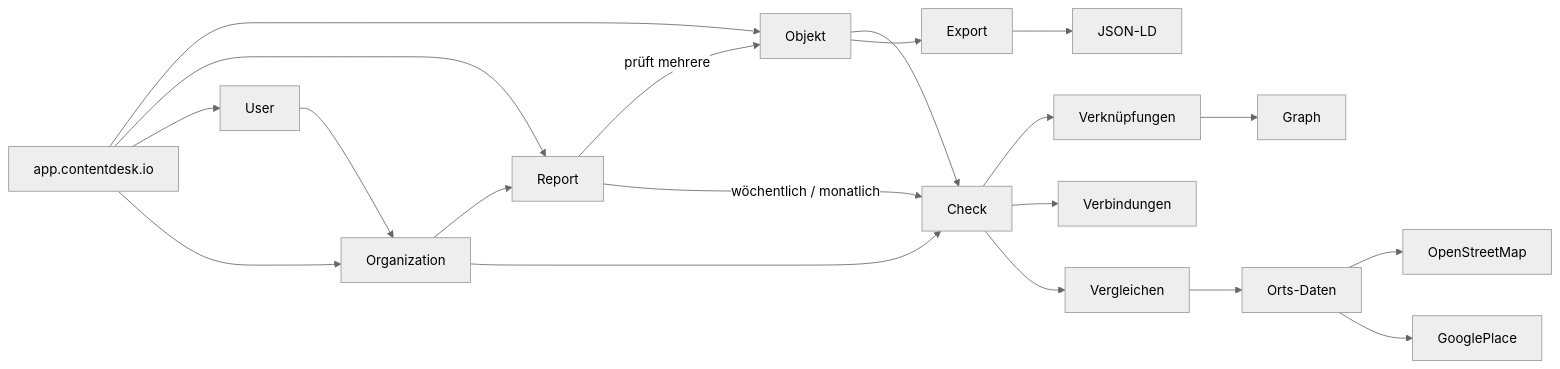
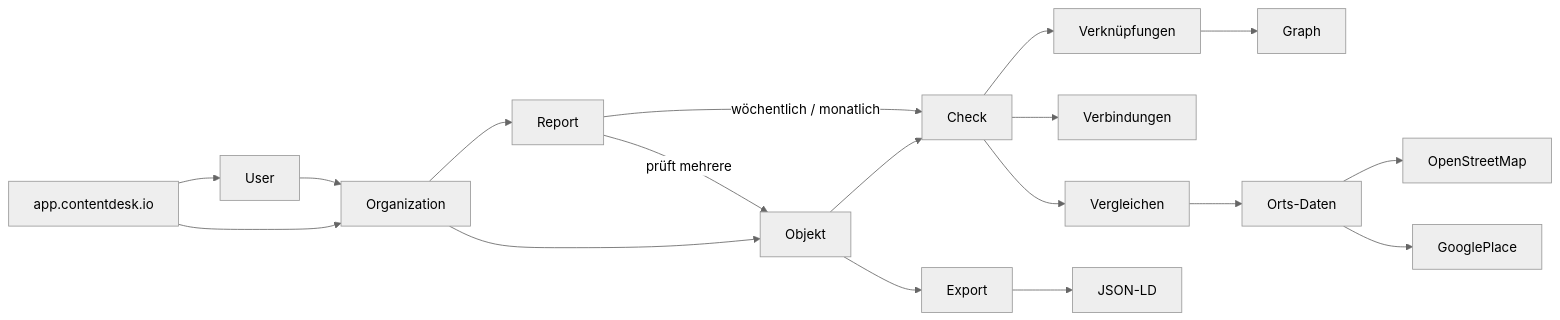
One commit to tsolenthaler/docs.contentdesk.io changed the first of 2 diagrams in docs/connect/app.contentdesk.io/index.md. Above: the diagram before and after it, drawn with Mermaid (neutral theme).

Commit message:
Refactor file paths for concepts and projects markdown files

````diff
--- a/docs/connect/app.contentdesk.io/index.md
+++ b/docs/connect/app.contentdesk.io/index.md
@@ -12,32 +12,30 @@
 ``` mermaid
 flowchart LR
-    app.contentdesk.io --> Objekt
-    app.contentdesk.io --> Report
     app.contentdesk.io --> User
     app.contentdesk.io --> Organization
 
     User --> Organization
 
     Organization --> Report
-    Organization --> Check
+    Organization --> Objekt
 
     Objekt --> Check
     Objekt --> Export
 
     Report -->|prüft mehrere|Objekt
     Report -->|wöchentlich / monatlich|Check
 
     Check -->Associations[Verknüpfungen]
     Check -->Connect[Verbindungen]
     Check -->Compare[Vergleichen]
 
     Associations[Verknüpfungen] -->Graph
     
     Compare -->Place[Orts-Daten]
 
     Place -->OpenStreetMap
     Place -->GooglePlace
 
     Export --> JSON-LD
 
 ```
````
